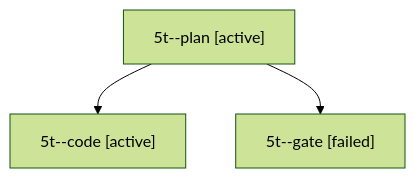
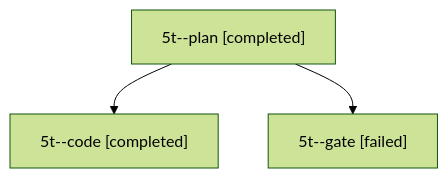
Before and after one commit to bobs-org/bob-cli--agents: the diagram in sessions/bbugyi200.apollo.5t.md, drawn with Mermaid (forest theme). The commit also changed other lines of this file and 51 other files, not shown here.

````diff
--- a/sessions/bbugyi200.apollo.5t.md
+++ b/sessions/bbugyi200.apollo.5t.md
@@ -9,8 +9,8 @@
 ```mermaid
 flowchart TD
-  n0["5t--plan [active]"]
-  n1["5t--code [active]"]
+  n0["5t--plan [completed]"]
+  n1["5t--code [completed]"]
   n0 --> n1
   n2["5t--gate [failed]"]
   n0 --> n2
 ```
````
